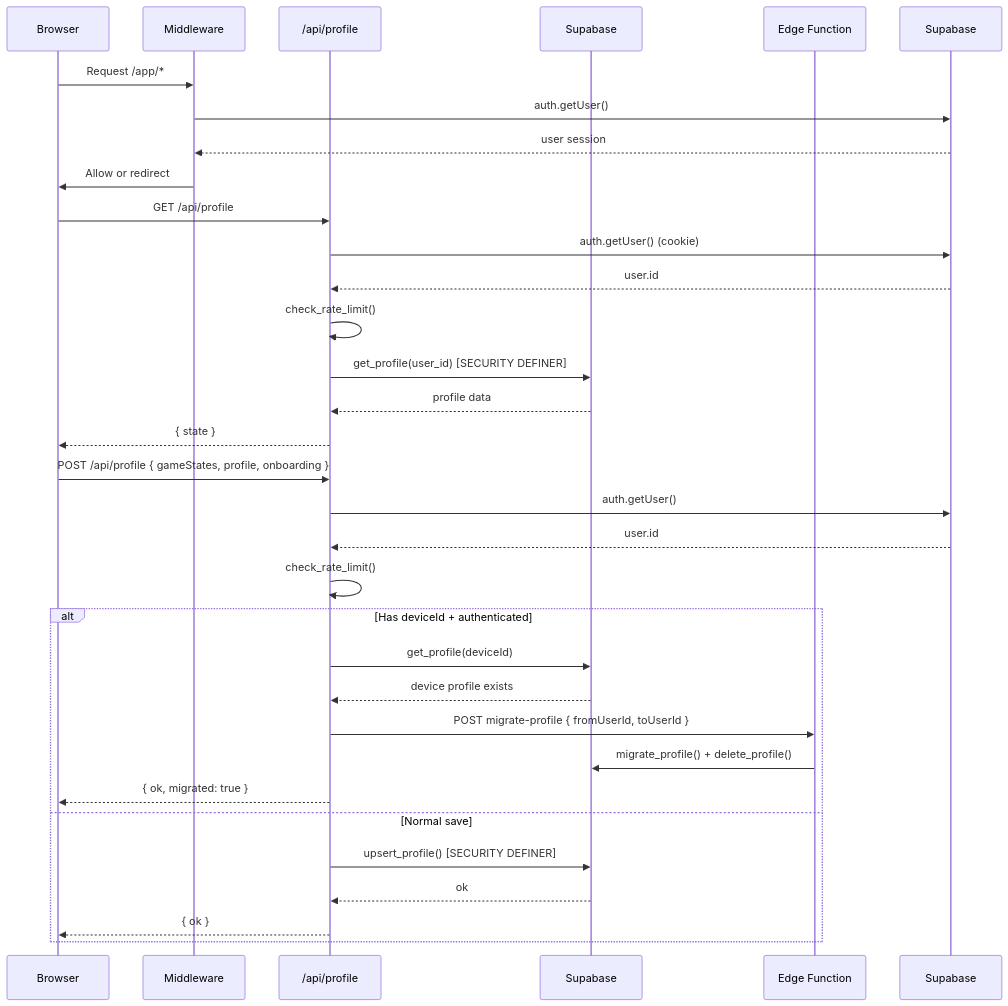
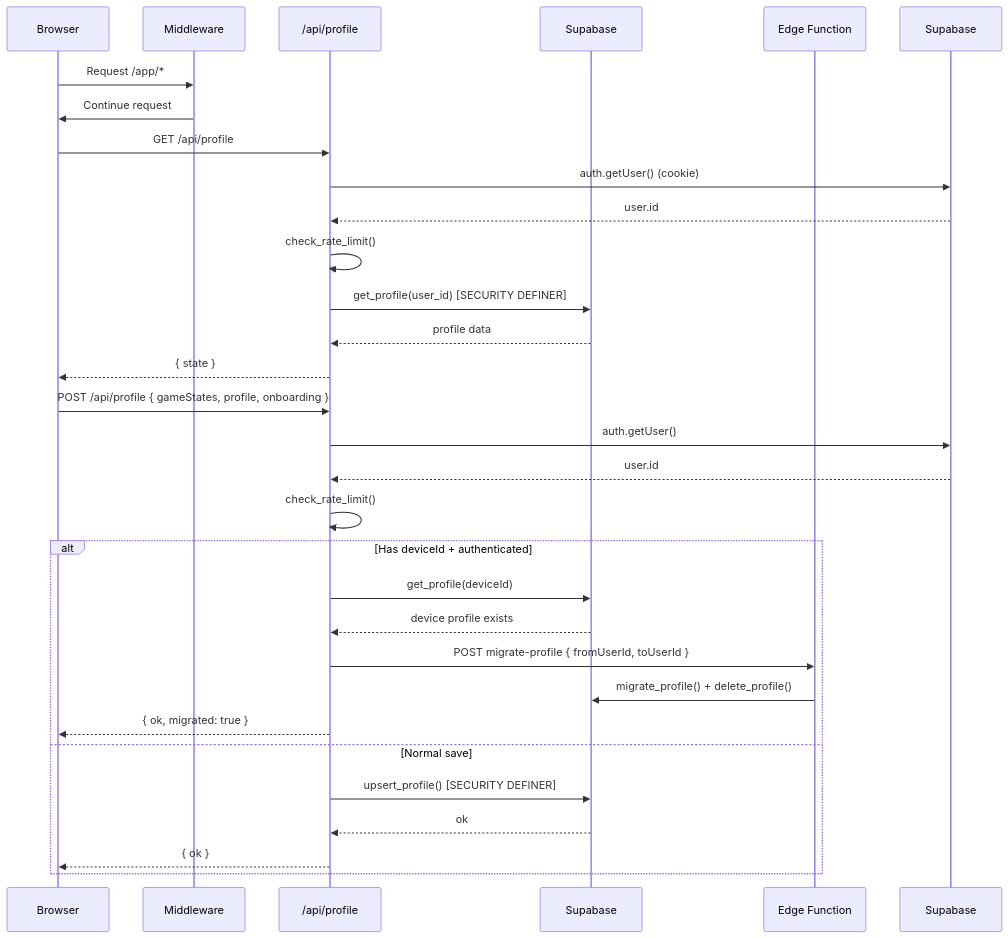
One commit to carloseav15/playfit changed the second of 3 diagrams in docs/ARCHITECTURE.md. Above: the diagram before and after it, drawn with Mermaid. The commit also changed other lines of this file and 18 other files, not shown here.

````diff
--- a/docs/ARCHITECTURE.md
+++ b/docs/ARCHITECTURE.md
@@ -50,37 +50,35 @@
 ```mermaid
 sequenceDiagram
     participant Browser
     participant Middleware
     participant API as /api/profile
     participant DB as Supabase
     participant EF as Edge Function
 
     Browser->>Middleware: Request /app/*
-    Middleware->>Supabase: auth.getUser()
-    Supabase-->>Middleware: user session
-    Middleware->>Browser: Allow or redirect
+    Middleware->>Browser: Continue request
 
     Browser->>API: GET /api/profile
     API->>Supabase: auth.getUser() (cookie)
     Supabase-->>API: user.id
     API->>API: check_rate_limit()
     API->>DB: get_profile(user_id) [SECURITY DEFINER]
     DB-->>API: profile data
     API-->>Browser: { state }
 
     Browser->>API: POST /api/profile { gameStates, profile, onboarding }
     API->>Supabase: auth.getUser()
     Supabase-->>API: user.id
     API->>API: check_rate_limit()
     alt Has deviceId + authenticated
         API->>DB: get_profile(deviceId)
         DB-->>API: device profile exists
         API->>EF: POST migrate-profile { fromUserId, toUserId }
         EF->>DB: migrate_profile() + delete_profile()
         API-->>Browser: { ok, migrated: true }
     else Normal save
         API->>DB: upsert_profile() [SECURITY DEFINER]
         DB-->>API: ok
         API-->>Browser: { ok }
     end
 ```
````
